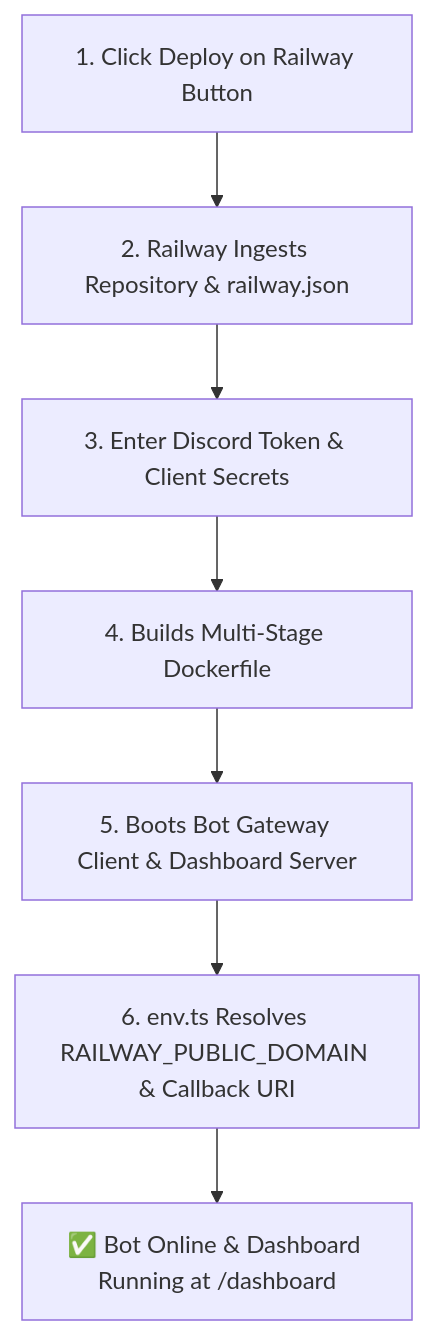
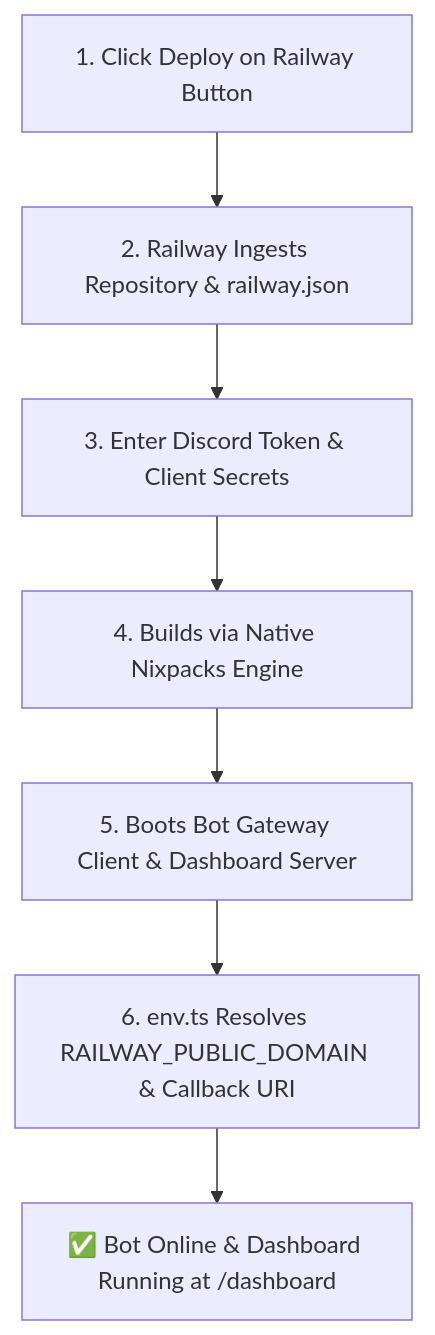
The diagram in docs/deployment-railway.md (HELIX-Origin/HELIX-Discord-Bot), drawn with Mermaid before and after one commit. The commit also changed other lines of this file and 19 other files, not shown here.

````diff
--- a/docs/deployment-railway.md
+++ b/docs/deployment-railway.md
@@ -21,9 +21,9 @@
 ```mermaid
 flowchart TD
     Button["1. Click Deploy on Railway Button"] --> Railway["2. Railway Ingests Repository & railway.json"]
     Railway --> Inputs["3. Enter Discord Token & Client Secrets"]
-    Inputs --> Build["4. Builds Multi-Stage Dockerfile"]
+    Inputs --> Build["4. Builds via Native Nixpacks Engine"]
     Build --> Launch["5. Boots Bot Gateway Client & Dashboard Server"]
     Launch --> Auto["6. env.ts Resolves RAILWAY_PUBLIC_DOMAIN & Callback URI"]
     Auto --> Ready["✅ Bot Online & Dashboard Running at /dashboard"]
 ```
````
